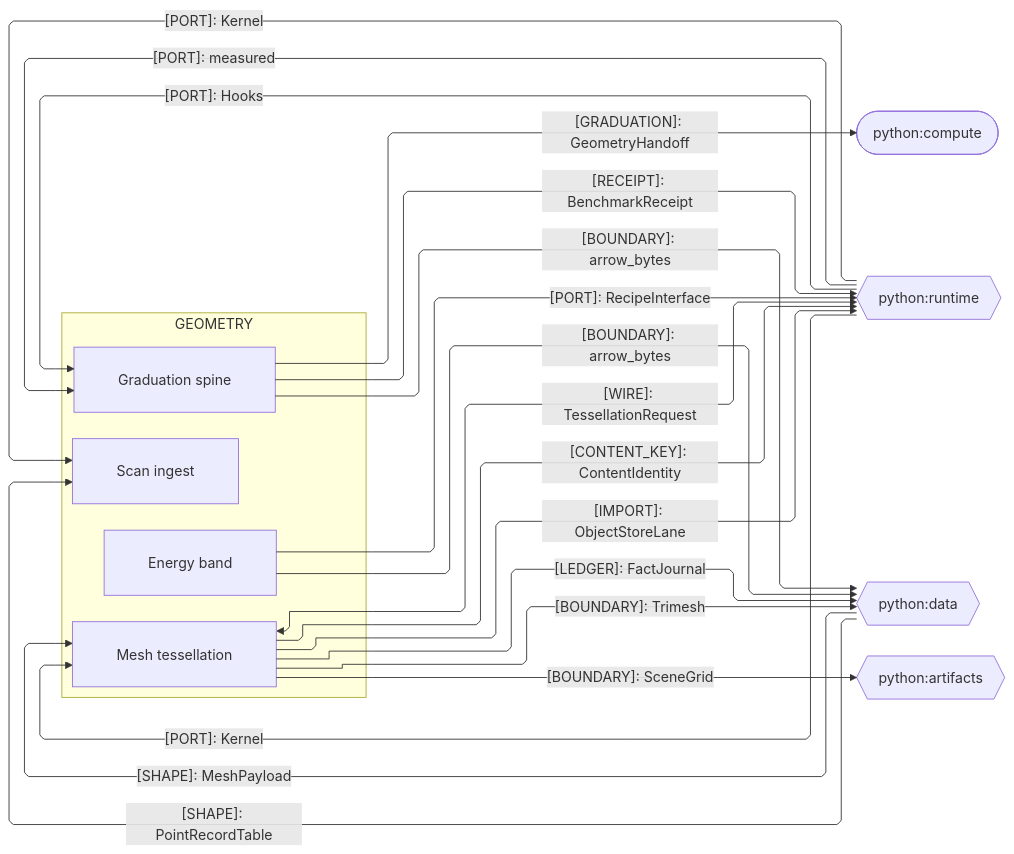
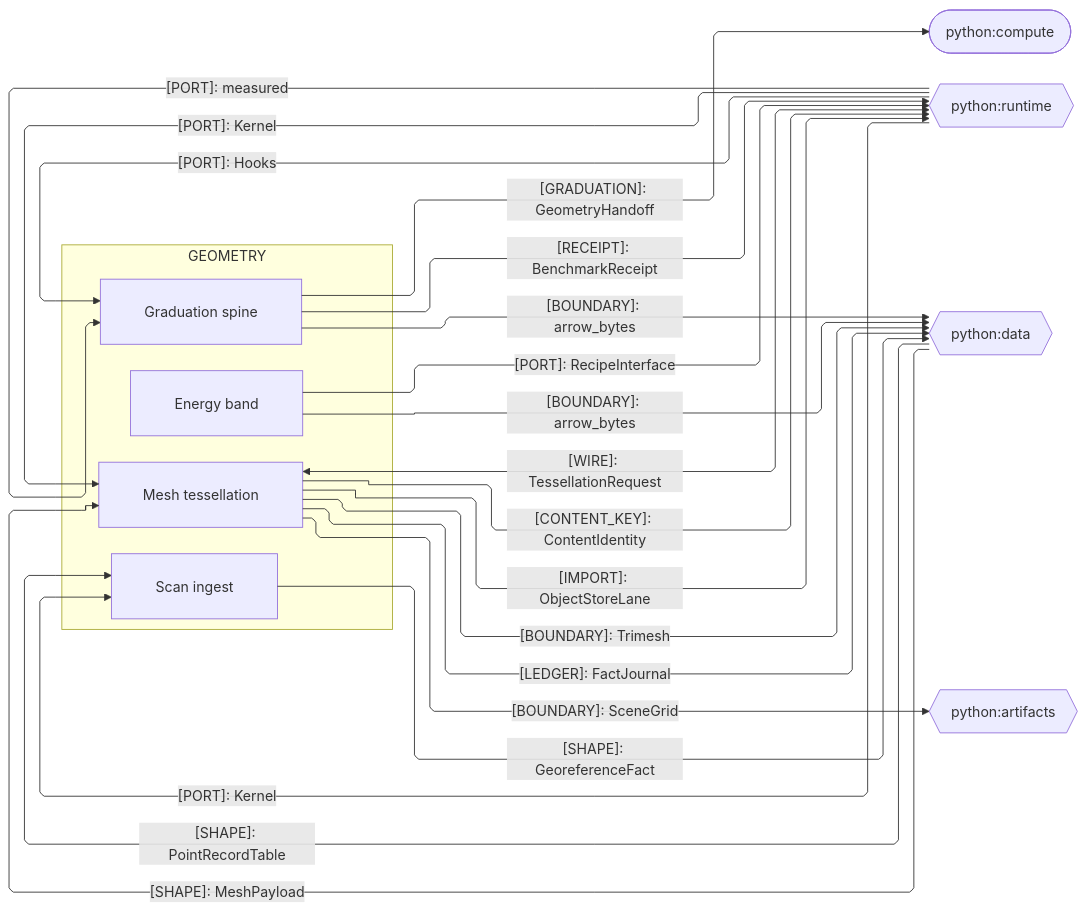
Before and after one commit to bsamiee/Rasm: the third of 3 diagrams in libs/python/geometry/ARCHITECTURE.md, drawn with Mermaid. The commit also changed other lines of this file and 84 other files, not shown here.

````diff
--- a/libs/python/geometry/ARCHITECTURE.md
+++ b/libs/python/geometry/ARCHITECTURE.md
@@ -117,39 +117,40 @@
 ```mermaid
 ---
 config:
   layout: elk
   flowchart:
     curve: linear
     padding: 25
 ---
 flowchart LR
     accTitle: Geometry Python sibling seams
     accDescr: Geometry sub-domain owners exchanging graduation receipts, payloads, ports, and kernel crossings with the Python siblings.
     subgraph geometry[GEOMETRY]
         Graduation[Graduation spine]
         Mesh[Mesh tessellation]
         Scan[Scan ingest]
         Energy[Energy band]
     end
     Compute([python:compute])
     Runtime{{python:runtime}}
     Data{{python:data}}
     Artifacts{{python:artifacts}}
     Graduation e1@-->|"[GRADUATION]: GeometryHandoff"| Compute
     Graduation e10@-->|"[BOUNDARY]: arrow_bytes"| Data
     Mesh e2@<-->|"[WIRE]: TessellationRequest"| Runtime
     Mesh e3@-->|"[CONTENT_KEY]: ContentIdentity"| Runtime
     Data e4@-->|"[SHAPE]: MeshPayload"| Mesh
     Mesh e5@-->|"[BOUNDARY]: Trimesh"| Data
     Mesh e6@-->|"[BOUNDARY]: SceneGrid"| Artifacts
     Data e7@-->|"[SHAPE]: PointRecordTable"| Scan
     Energy e8@-->|"[PORT]: RecipeInterface"| Runtime
     Energy e9@-->|"[BOUNDARY]: arrow_bytes"| Data
     Graduation e11@-->|"[RECEIPT]: BenchmarkReceipt"| Runtime
     Mesh e16@-->|"[IMPORT]: ObjectStoreLane"| Runtime
     Mesh e17@-->|"[LEDGER]: FactJournal"| Data
     Runtime e12@-->|"[PORT]: Kernel"| Mesh
     Runtime e13@-->|"[PORT]: Kernel"| Scan
     Runtime e14@-->|"[PORT]: measured"| Graduation
     Runtime e15@-->|"[PORT]: Hooks"| Graduation
+    Scan e18@-->|"[SHAPE]: GeoreferenceFact"| Data
 ```
````
